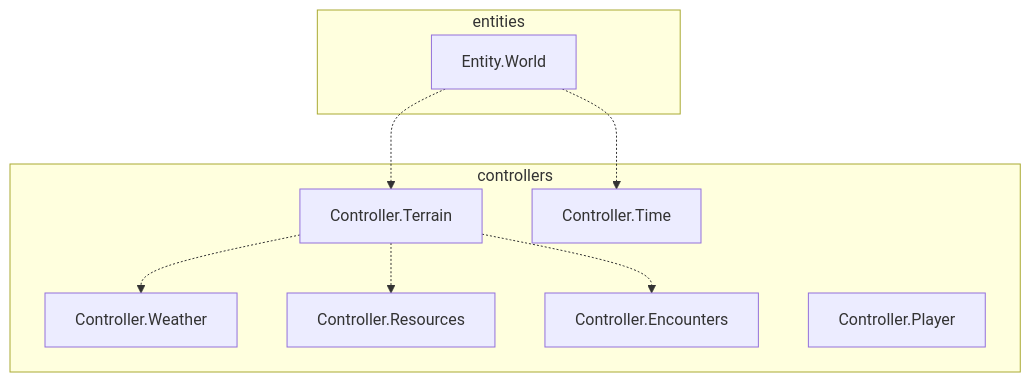
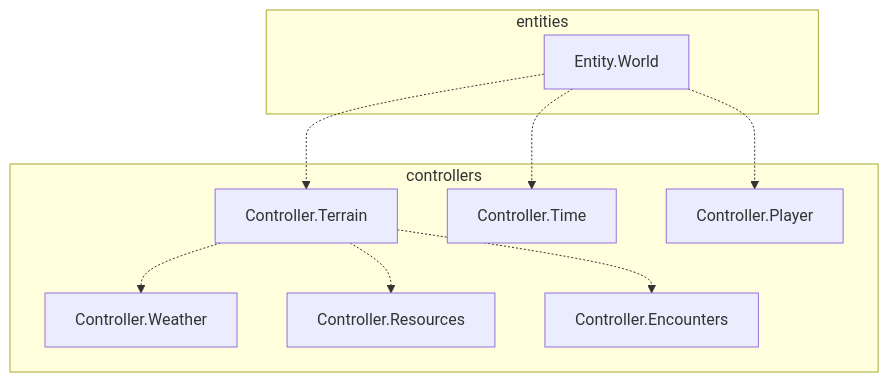
One commit to crystalfiction/rpg-simulator changed the second of 2 diagrams in README.md. Above: the diagram before and after it, drawn with Mermaid. The commit also changed other lines of this file, not shown here.

````diff
--- a/README.md
+++ b/README.md
@@ -21,25 +32,26 @@
 ```mermaid
 flowchart
     subgraph entities
         Entity.World
 
     end
 
     Entity.World -.-> Controller.Terrain
     Entity.World -.-> Controller.Time
+    Entity.World -.-> Controller.Player
 
     subgraph controllers
         Controller.Terrain
         Controller.Weather
         Controller.Resources
         Controller.Encounters
         Controller.Player
         Controller.Time
 
         Controller.Terrain -.-> Controller.Weather
         Controller.Terrain -.-> Controller.Resources
         Controller.Terrain -.-> Controller.Encounters
 
     end
 
 ```
````
